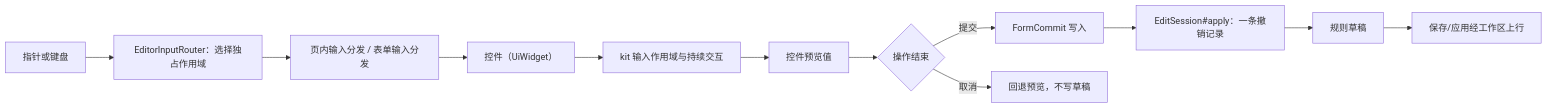
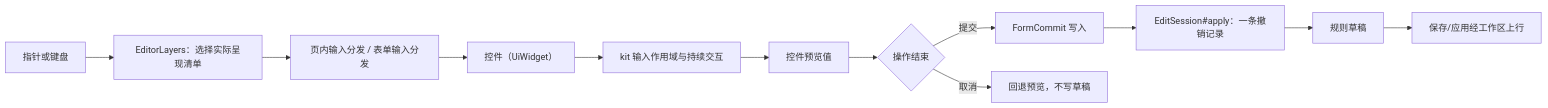
One commit to meteoritel/item-despawn-to-what changed the third of 3 diagrams in docs/modules/client-ui.md. Above: the diagram before and after it, drawn with Mermaid. The commit also changed other lines of this file and 38 other files, not shown here.

````diff
--- a/docs/modules/client-ui.md
+++ b/docs/modules/client-ui.md
@@ -161,14 +162,14 @@
 ```mermaid
 flowchart LR
-    A["指针或键盘"] --> S["EditorInputRouter：选择独占作用域"]
+    A["指针或键盘"] --> S["EditorLayers：选择实际呈现清单"]
     S --> B["页内输入分发 / 表单输入分发"]
     B --> C["控件（UiWidget）"]
     C --> D["kit 输入作用域与持续交互"]
     D --> E["控件预览值"]
     E --> F{"操作结束"}
     F -->|提交| G["FormCommit 写入"]
     F -->|取消| H["回退预览，不写草稿"]
     G --> I["EditSession#apply：一条撤销记录"]
     I --> J["规则草稿"]
     J --> K["保存/应用经工作区上行"]
 ```
````
